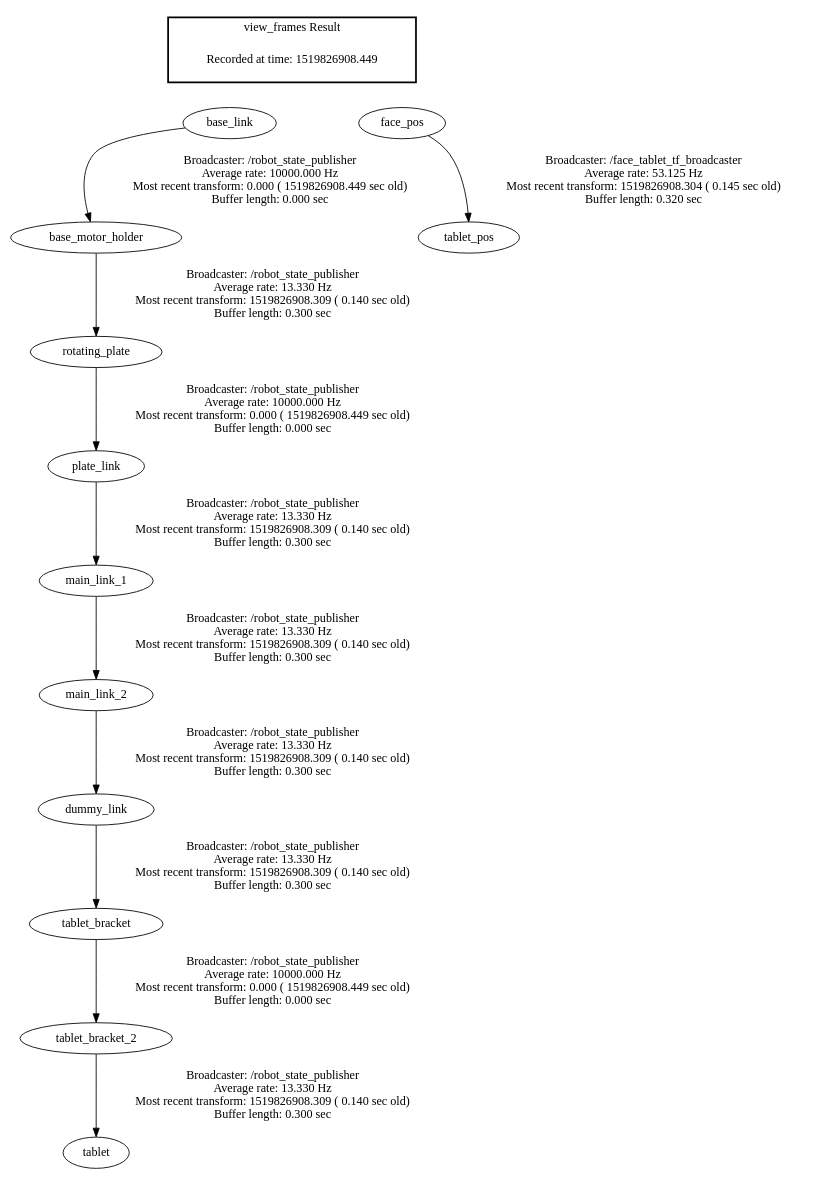
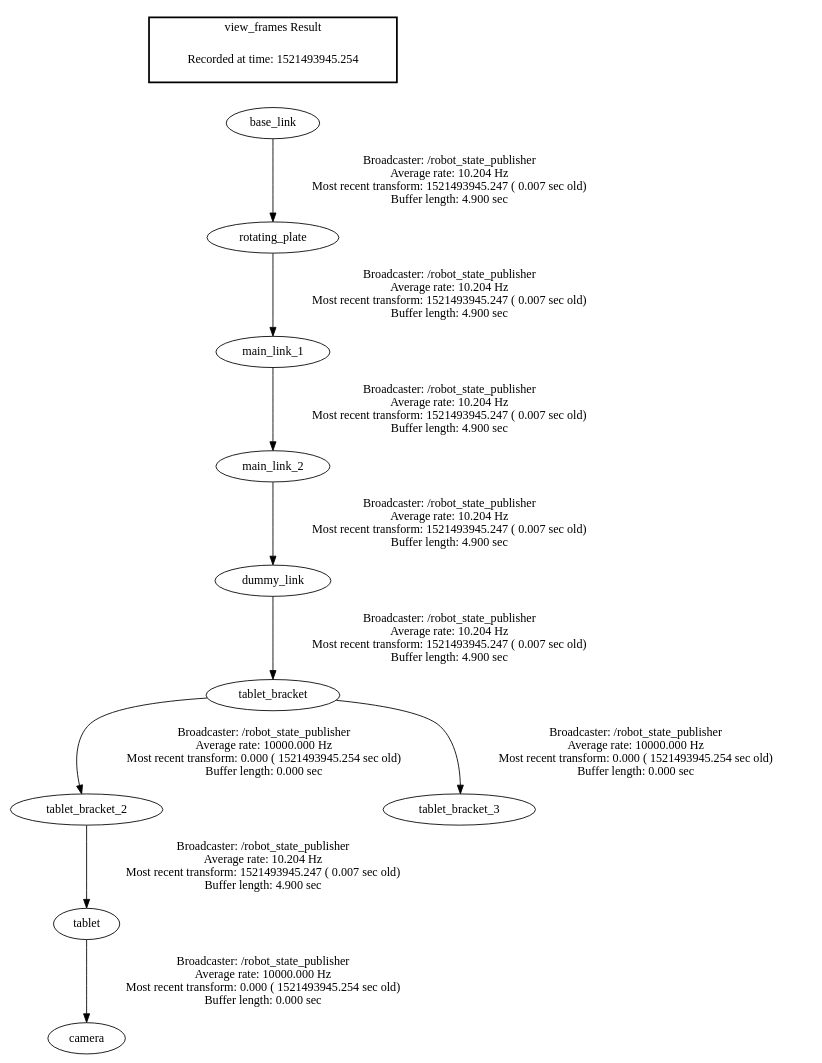
Before and after one commit to weetinygit/tart: the diagram in frames.gv, drawn with Graphviz. The commit also changed 648 other files, not shown here.

```diff
--- a/frames.gv
+++ b/frames.gv
@@ -1,20 +1,15 @@
 digraph G {
-"base_link" -> "base_motor_holder"[label="Broadcaster: /robot_state_publisher\nAverage rate: 10000.000 Hz\nMost recent transform: 0.000 ( 1519826908.449 sec old)\nBuffer length: 0.000 sec\n"];
-"rotating_plate" -> "plate_link"[label="Broadcaster: /robot_state_publisher\nAverage rate: 10000.000 Hz\nMost recent transform: 0.000 ( 1519826908.449 sec old)\nBuffer length: 0.000 sec\n"];
-"base_motor_holder" -> "rotating_plate"[label="Broadcaster: /robot_state_publisher\nAverage rate: 13.330 Hz\nMost recent transform: 1519826908.309 ( 0.140 sec old)\nBuffer length: 0.300 sec\n"];
-"tablet_bracket" -> "tablet_bracket_2"[label="Broadcaster: /robot_state_publisher\nAverage rate: 10000.000 Hz\nMost recent transform: 0.000 ( 1519826908.449 sec old)\nBuffer length: 0.000 sec\n"];
-"dummy_link" -> "tablet_bracket"[label="Broadcaster: /robot_state_publisher\nAverage rate: 13.330 Hz\nMost recent transform: 1519826908.309 ( 0.140 sec old)\nBuffer length: 0.300 sec\n"];
-"face_pos" -> "tablet_pos"[label="Broadcaster: /face_tablet_tf_broadcaster\nAverage rate: 53.125 Hz\nMost recent transform: 1519826908.304 ( 0.145 sec old)\nBuffer length: 0.320 sec\n"];
-"main_link_2" -> "dummy_link"[label="Broadcaster: /robot_state_publisher\nAverage rate: 13.330 Hz\nMost recent transform: 1519826908.309 ( 0.140 sec old)\nBuffer length: 0.300 sec\n"];
-"main_link_1" -> "main_link_2"[label="Broadcaster: /robot_state_publisher\nAverage rate: 13.330 Hz\nMost recent transform: 1519826908.309 ( 0.140 sec old)\nBuffer length: 0.300 sec\n"];
-"plate_link" -> "main_link_1"[label="Broadcaster: /robot_state_publisher\nAverage rate: 13.330 Hz\nMost recent transform: 1519826908.309 ( 0.140 sec old)\nBuffer length: 0.300 sec\n"];
-"tablet_bracket_2" -> "tablet"[label="Broadcaster: /robot_state_publisher\nAverage rate: 13.330 Hz\nMost recent transform: 1519826908.309 ( 0.140 sec old)\nBuffer length: 0.300 sec\n"];
+"tablet" -> "camera"[label="Broadcaster: /robot_state_publisher\nAverage rate: 10000.000 Hz\nMost recent transform: 0.000 ( 1521493945.254 sec old)\nBuffer length: 0.000 sec\n"];
+"tablet_bracket_2" -> "tablet"[label="Broadcaster: /robot_state_publisher\nAverage rate: 10.204 Hz\nMost recent transform: 1521493945.247 ( 0.007 sec old)\nBuffer length: 4.900 sec\n"];
+"tablet_bracket" -> "tablet_bracket_2"[label="Broadcaster: /robot_state_publisher\nAverage rate: 10000.000 Hz\nMost recent transform: 0.000 ( 1521493945.254 sec old)\nBuffer length: 0.000 sec\n"];
+"dummy_link" -> "tablet_bracket"[label="Broadcaster: /robot_state_publisher\nAverage rate: 10.204 Hz\nMost recent transform: 1521493945.247 ( 0.007 sec old)\nBuffer length: 4.900 sec\n"];
+"tablet_bracket" -> "tablet_bracket_3"[label="Broadcaster: /robot_state_publisher\nAverage rate: 10000.000 Hz\nMost recent transform: 0.000 ( 1521493945.254 sec old)\nBuffer length: 0.000 sec\n"];
+"main_link_2" -> "dummy_link"[label="Broadcaster: /robot_state_publisher\nAverage rate: 10.204 Hz\nMost recent transform: 1521493945.247 ( 0.007 sec old)\nBuffer length: 4.900 sec\n"];
+"main_link_1" -> "main_link_2"[label="Broadcaster: /robot_state_publisher\nAverage rate: 10.204 Hz\nMost recent transform: 1521493945.247 ( 0.007 sec old)\nBuffer length: 4.900 sec\n"];
+"base_link" -> "rotating_plate"[label="Broadcaster: /robot_state_publisher\nAverage rate: 10.204 Hz\nMost recent transform: 1521493945.247 ( 0.007 sec old)\nBuffer length: 4.900 sec\n"];
+"rotating_plate" -> "main_link_1"[label="Broadcaster: /robot_state_publisher\nAverage rate: 10.204 Hz\nMost recent transform: 1521493945.247 ( 0.007 sec old)\nBuffer length: 4.900 sec\n"];
 edge [style=invis];
  subgraph cluster_legend { style=bold; color=black; label ="view_frames Result";
-"Recorded at time: 1519826908.449"[ shape=plaintext ] ;
+"Recorded at time: 1521493945.254"[ shape=plaintext ] ;
  }->"base_link";
-edge [style=invis];
- subgraph cluster_legend { style=bold; color=black; label ="view_frames Result";
-"Recorded at time: 1519826908.449"[ shape=plaintext ] ;
- }->"face_pos";
 }
```
